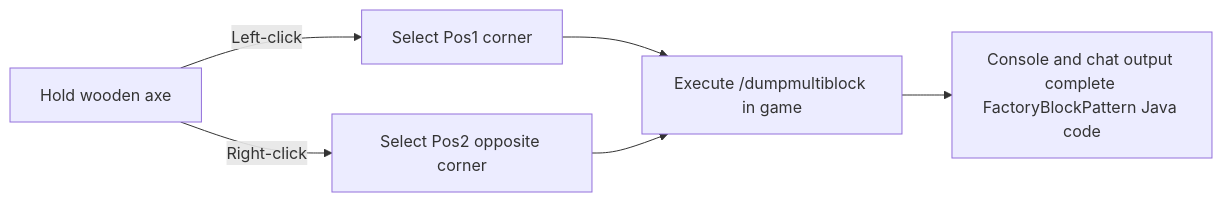
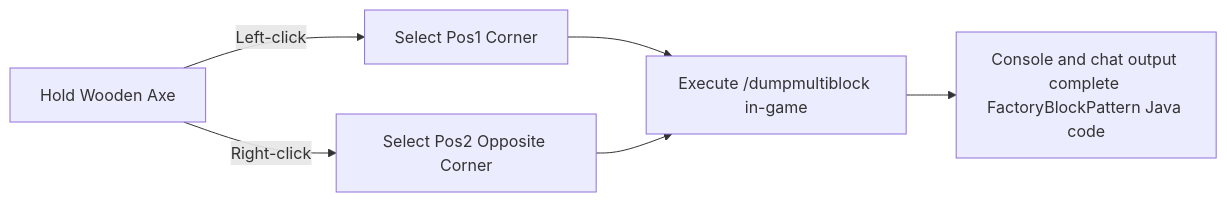
Before and after one commit to takanashisatou/GregtechEasy: the diagram in docs/en/kubejs/tools-and-utilities.md, drawn with Mermaid. The commit also changed other lines of this file and 144 other files, not shown here.

````diff
--- a/docs/en/kubejs/tools-and-utilities.md
+++ b/docs/en/kubejs/tools-and-utilities.md
@@ -13,7 +13,7 @@
 ```mermaid
 graph LR
-    A[Hold wooden axe] -->|Left-click| B[Select Pos1 corner]
-    A -->|Right-click| C[Select Pos2 opposite corner]
-    B & C --> D[Execute /dumpmultiblock in game]
+    A[Hold Wooden Axe] -->|Left-click| B[Select Pos1 Corner]
+    A -->|Right-click| C[Select Pos2 Opposite Corner]
+    B & C --> D[Execute /dumpmultiblock in-game]
     D --> E[Console and chat output complete FactoryBlockPattern Java code]
 ```
````
